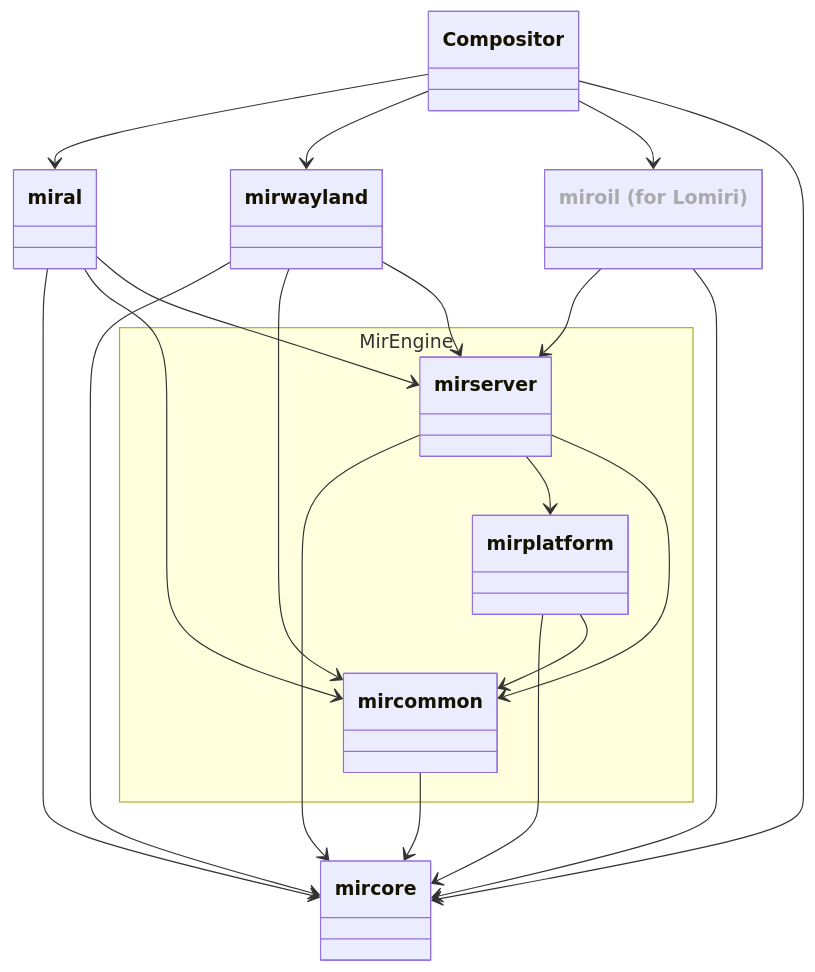
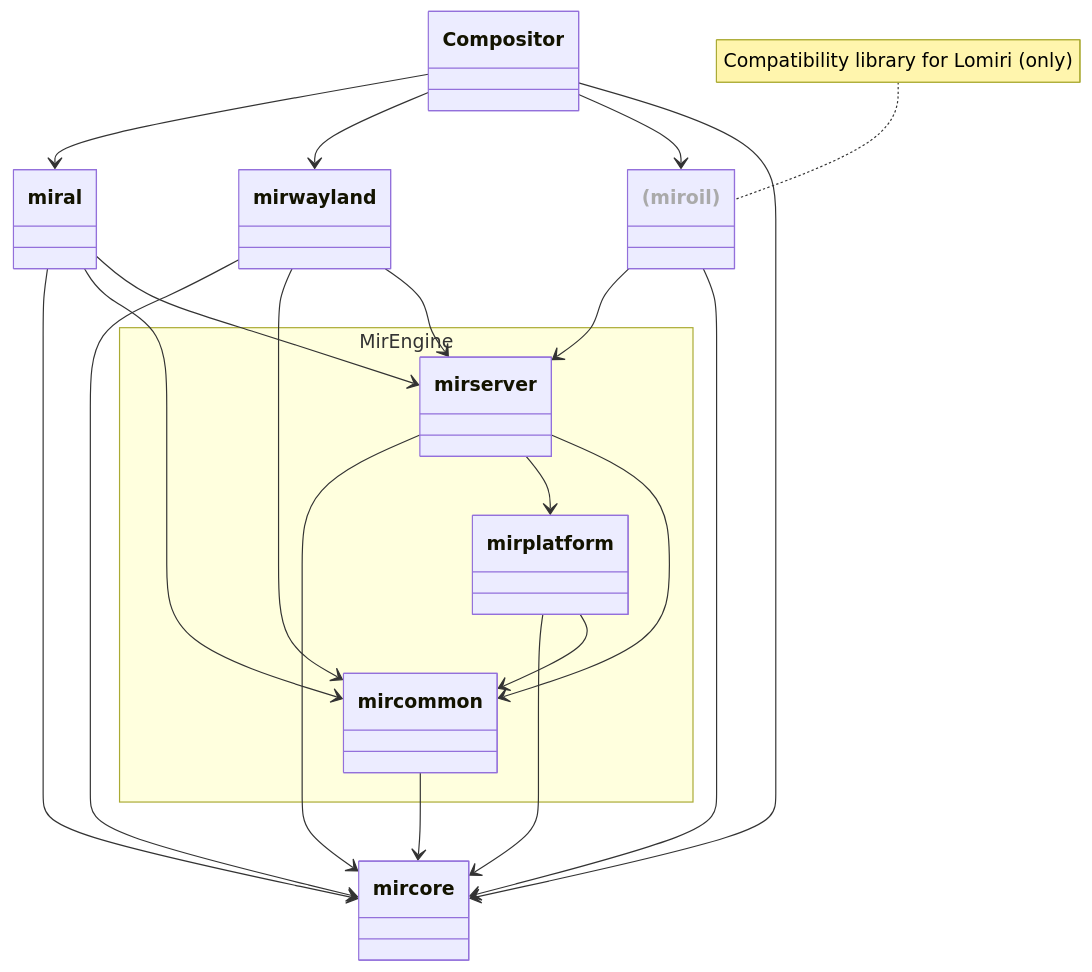
One commit to canonical/mir changed the diagram in doc/sphinx/explanation/high_level_diagram.mmd. Above: the diagram before and after it, drawn with Mermaid. The commit also changed 1 other file, not shown here.

```diff
--- a/doc/sphinx/explanation/high_level_diagram.mmd
+++ b/doc/sphinx/explanation/high_level_diagram.mmd
@@ -1,33 +1,34 @@
 
 classDiagram
     mirserver --> mircore
     mircommon --> mircore
     mirplatform --> mircore
     mirwayland --> mircore
     miral --> mircore
 
     mirserver --> mirplatform
     mirplatform --> mircommon
     miral --> mircommon
     mirserver --> mircommon
     mirwayland --> mircommon
 
 
     miral --> mirserver
     mirwayland --> mirserver
     miroil --> mirserver
 
     Compositor --> miral
     Compositor --> mirwayland
     Compositor --> miroil
 
     Compositor --> mircore
 
     miroil --> mircore
-    class miroil["miroil (for Lomiri)"]
+    class miroil["(miroil)"]
+    note for miroil "Compatibility library for Lomiri (only)"
     style miroil color:#aaa
     namespace MirEngine {
         class mirserver
         class mircommon
         class mirplatform
     }
```
